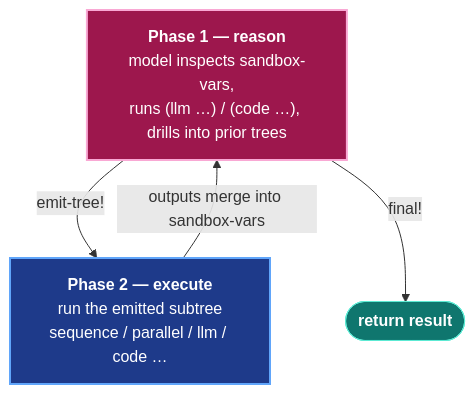
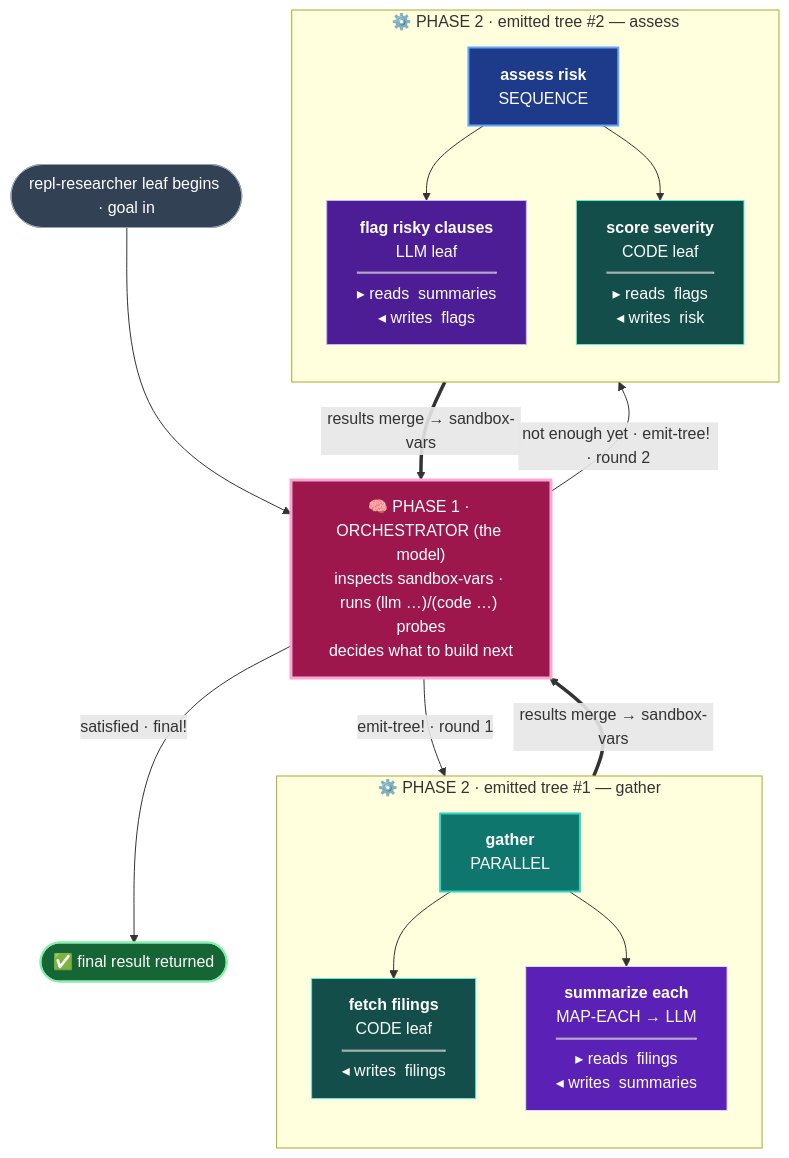
The seventh of 7 diagrams in docs/GETTING-STARTED.md (davidwuchn/orc), drawn with Mermaid before and after one commit. The commit also changed 1 other file, not shown here.

Commit message:
docs(rlm): show the real RLM process — orchestrator composes trees on the fly
Replace the two-box Phase-1/Phase-2 loop with an illustrative diagram of what an
RLM actually does: a Phase-1 ORCHESTRATOR (the model) emits a full behavior tree
on the fly (round 1: a PARALLEL 'gather' tree with code + map-each→llm leaves),
its results merge back into sandbox-vars, the orchestrator decides more is needed
and emits a second, differently-shaped tree (round 2: a SEQUENCE 'assess' tree),
and once satisfied calls final!. Shows on-the-fly tree composition, the
results-feed-back loop, and the build-more-or-finish decision. In both
GETTING-STARTED and RLM-GUIDE; verified under GitHub strict config.

````diff
--- a/docs/GETTING-STARTED.md
+++ b/docs/GETTING-STARTED.md
@@ -1266,10 +1266,30 @@
 ```mermaid
 flowchart TB
-  p1["<b>Phase 1 — reason</b><br/>model inspects sandbox-vars,<br/>runs (llm …) / (code …), drills into prior trees"]:::rlm
-  p1 -->|"emit-tree!"| p2["<b>Phase 2 — execute</b><br/>run the emitted subtree<br/>sequence / parallel / llm / code …"]:::seq
-  p2 -->|"outputs merge into sandbox-vars"| p1
-  p1 -->|"final!"| done(["<b>return result</b>"]):::done
-  classDef rlm fill:#9d174d,stroke:#f9a8d4,color:#fff,stroke-width:2px;
+  start(["repl-researcher leaf begins · goal in"]):::io --> orch
+  orch["🧠 PHASE 1 · ORCHESTRATOR (the model)<br/>inspects sandbox-vars · runs (llm …)/(code …) probes<br/>decides what to build next"]:::rlm
+  orch -->|"emit-tree! · round 1"| T1
+  subgraph T1["⚙️ PHASE 2 · emitted tree #1 — gather"]
+    direction TB
+    g["<b>gather</b><br/>PARALLEL"]:::par
+    g --> g1["<b>fetch filings</b><br/>CODE leaf<hr/>◂ writes&nbsp;&nbsp;filings"]:::code
+    g --> g2["<b>summarize each</b><br/>MAP-EACH → LLM<hr/>▸ reads&nbsp;&nbsp;filings<br/>◂ writes&nbsp;&nbsp;summaries"]:::me
+  end
+  T1 ==>|"results merge → sandbox-vars"| orch
+  orch -->|"not enough yet · emit-tree! · round 2"| T2
+  subgraph T2["⚙️ PHASE 2 · emitted tree #2 — assess"]
+    direction TB
+    a["<b>assess risk</b><br/>SEQUENCE"]:::seq
+    a --> a1["<b>flag risky clauses</b><br/>LLM leaf<hr/>▸ reads&nbsp;&nbsp;summaries<br/>◂ writes&nbsp;&nbsp;flags"]:::llm
+    a --> a2["<b>score severity</b><br/>CODE leaf<hr/>▸ reads&nbsp;&nbsp;flags<br/>◂ writes&nbsp;&nbsp;risk"]:::code
+  end
+  T2 ==>|"results merge → sandbox-vars"| orch
+  orch -->|"satisfied · final!"| done(["✅ final result returned"]):::done
+  classDef rlm fill:#9d174d,stroke:#f9a8d4,color:#fff,stroke-width:3px;
+  classDef par fill:#0f766e,stroke:#2dd4bf,color:#fff,stroke-width:2px;
   classDef seq fill:#1e3a8a,stroke:#60a5fa,color:#fff,stroke-width:2px;
-  classDef done fill:#0f766e,stroke:#5eead4,color:#fff;
+  classDef code fill:#134e4a,stroke:#5eead4,color:#fff;
+  classDef llm fill:#4c1d95,stroke:#c4b5fd,color:#fff;
+  classDef me fill:#5b21b6,stroke:#ddd6fe,color:#fff;
+  classDef io fill:#334155,stroke:#94a3b8,color:#fff;
+  classDef done fill:#166534,stroke:#86efac,color:#fff,stroke-width:2px;
 ```
````
